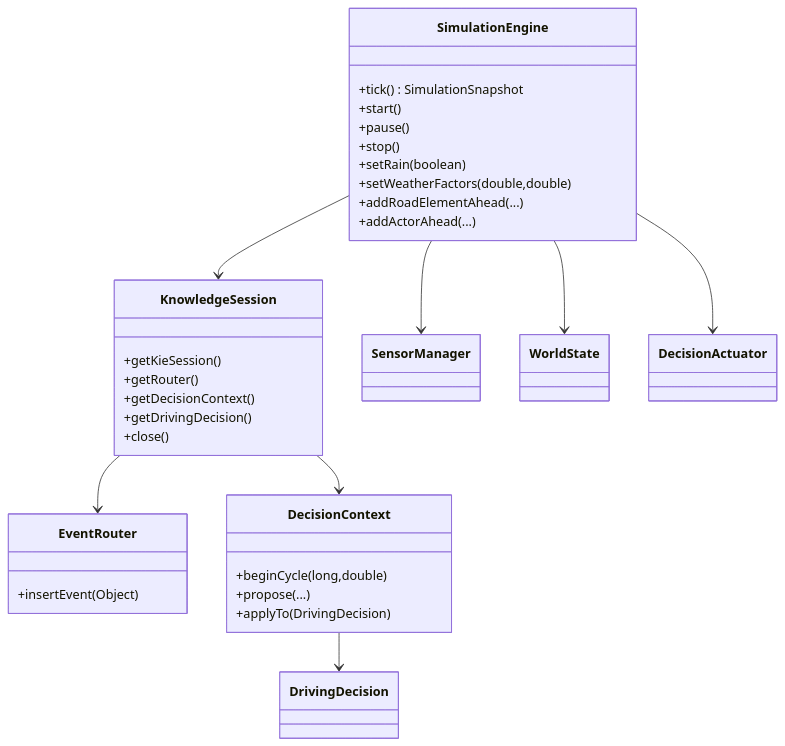
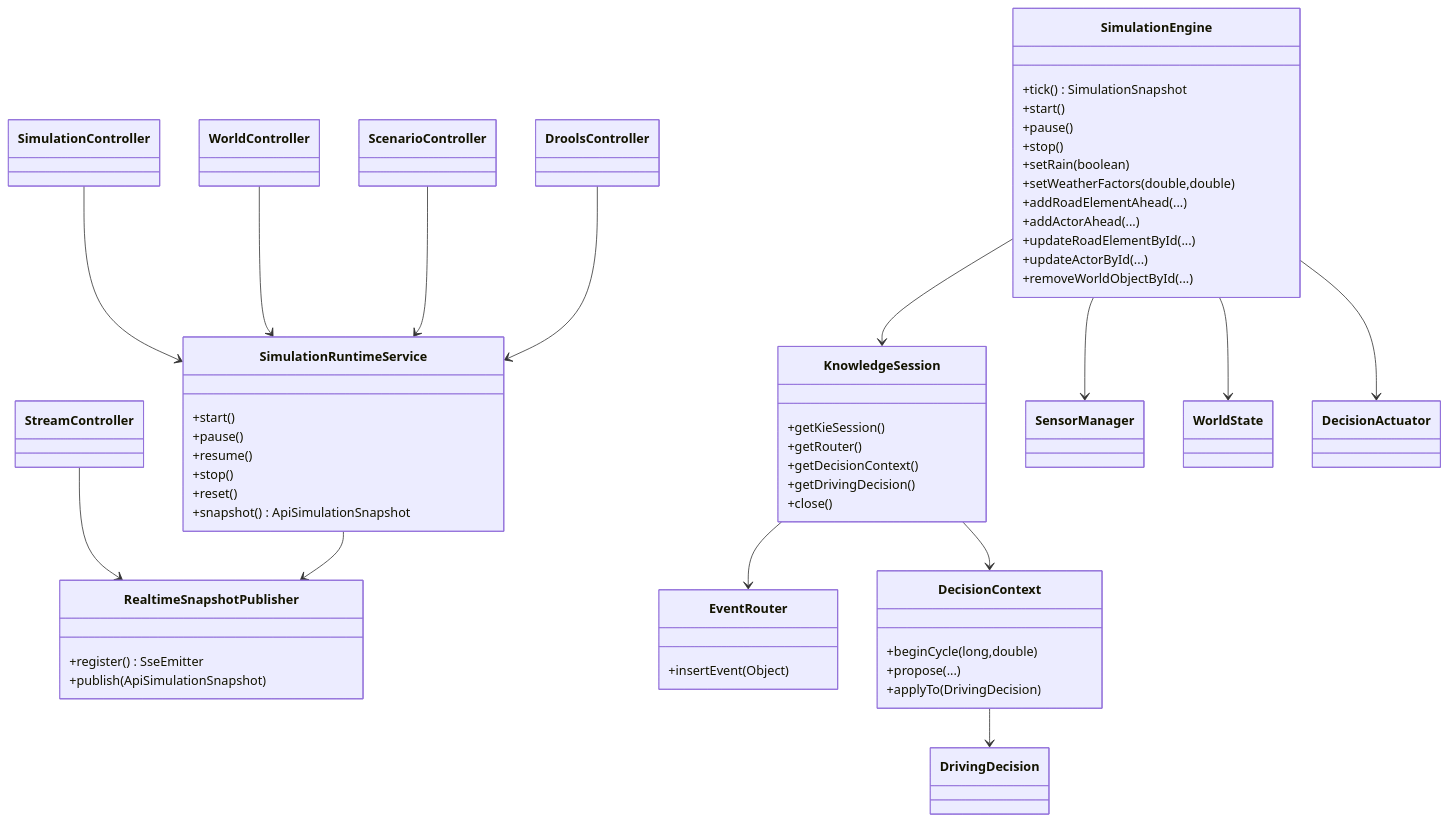
The diagram in diagrams/06-core-class-diagram.md (1-2Drive/projeto-1), drawn with Mermaid before and after one commit. The commit also changed 118 other files, not shown here.

Commit message:
feat: add Angular realtime simulation interface

````diff
--- a/diagrams/06-core-class-diagram.md
+++ b/diagrams/06-core-class-diagram.md
@@ -1,44 +1,73 @@
 ```mermaid
 classDiagram
     class SimulationEngine {
       +tick() SimulationSnapshot
       +start()
       +pause()
       +stop()
       +setRain(boolean)
       +setWeatherFactors(double,double)
       +addRoadElementAhead(...)
       +addActorAhead(...)
+      +updateRoadElementById(...)
+      +updateActorById(...)
+      +removeWorldObjectById(...)
     }
+
+    class SimulationRuntimeService {
+      +start()
+      +pause()
+      +resume()
+      +stop()
+      +reset()
+      +snapshot() ApiSimulationSnapshot
+    }
+
+    class RealtimeSnapshotPublisher {
+      +register() SseEmitter
+      +publish(ApiSimulationSnapshot)
+    }
+
+    class SimulationController
+    class WorldController
+    class ScenarioController
+    class DroolsController
+    class StreamController
 
     class KnowledgeSession {
       +getKieSession()
       +getRouter()
       +getDecisionContext()
       +getDrivingDecision()
       +close()
     }
 
     class EventRouter {
       +insertEvent(Object)
     }
 
     class DecisionContext {
       +beginCycle(long,double)
       +propose(...)
       +applyTo(DrivingDecision)
     }
 
     class DrivingDecision
     class SensorManager
     class WorldState
     class DecisionActuator
 
+    SimulationController --> SimulationRuntimeService
+    WorldController --> SimulationRuntimeService
+    ScenarioController --> SimulationRuntimeService
+    DroolsController --> SimulationRuntimeService
+    StreamController --> RealtimeSnapshotPublisher
+    SimulationRuntimeService --> RealtimeSnapshotPublisher
     SimulationEngine --> KnowledgeSession
     SimulationEngine --> SensorManager
     SimulationEngine --> WorldState
     SimulationEngine --> DecisionActuator
     KnowledgeSession --> EventRouter
     KnowledgeSession --> DecisionContext
     DecisionContext --> DrivingDecision
 ```
````
